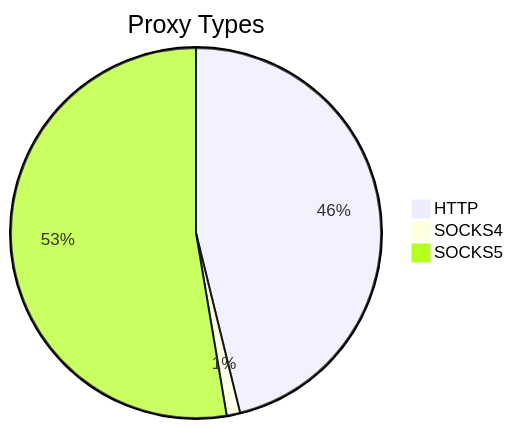
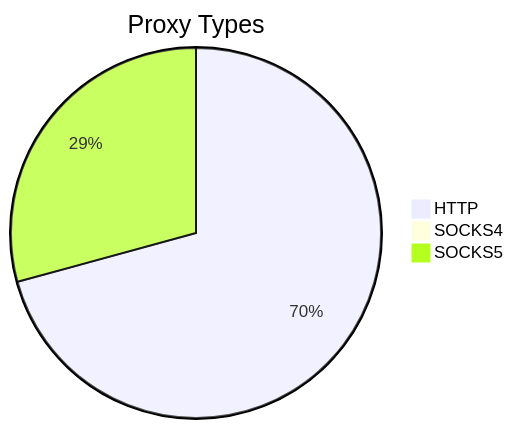
Before and after one commit to stormsia/proxy-list: the first of 2 diagrams in README.md, drawn with Mermaid. The commit also changed other lines of this file, not shown here.

````diff
--- a/README.md
+++ b/README.md
@@ -21,6 +21,6 @@
 ```mermaid
 pie title Proxy Types
-    "HTTP" : 1096
-    "SOCKS4" : 28
-    "SOCKS5" : 1250
+    "HTTP" : 1546
+    "SOCKS4" : 22
+    "SOCKS5" : 639
 ```
````
